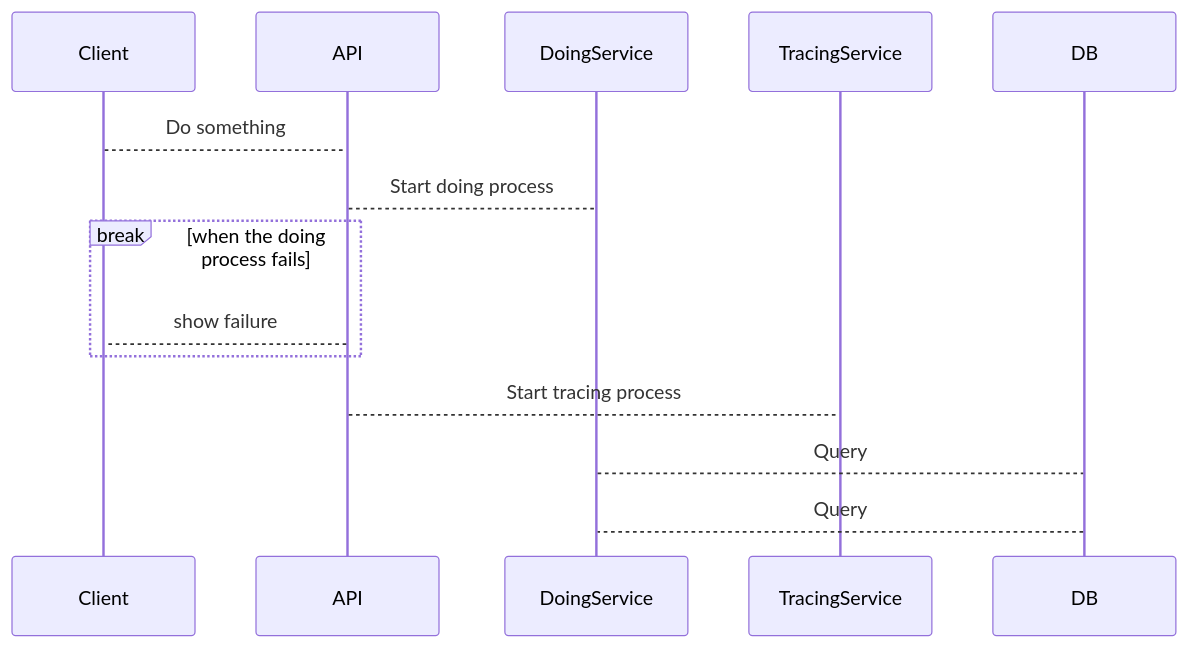
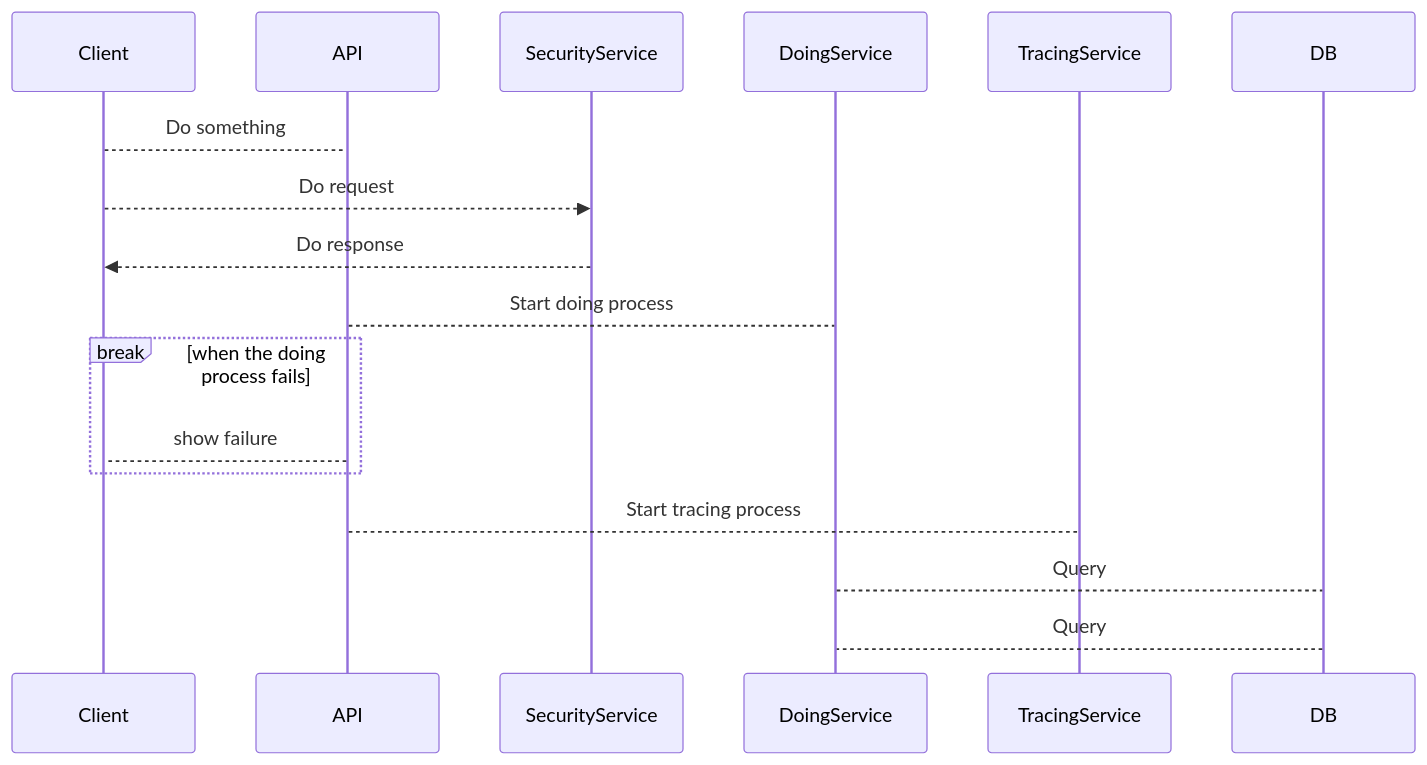
Before and after one commit to javiardodev/PruebaMillion: the fourth of 4 diagrams in README.md, drawn with Mermaid. The commit also changed other lines of this file, not shown here.

````diff
--- a/README.md
+++ b/README.md
@@ -325,11 +329,13 @@
 ```mermaid
 sequenceDiagram
     Client-->API: Do something
+    Client-->>SecurityService: Do request
+    SecurityService-->>Client: Do response
     API-->DoingService: Start doing process
     break when the doing process fails
         API-->Client: show failure
     end
     API-->TracingService: Start tracing process
     DoingService-->DB: Query
     DB-->DoingService: Query
 ```
````
